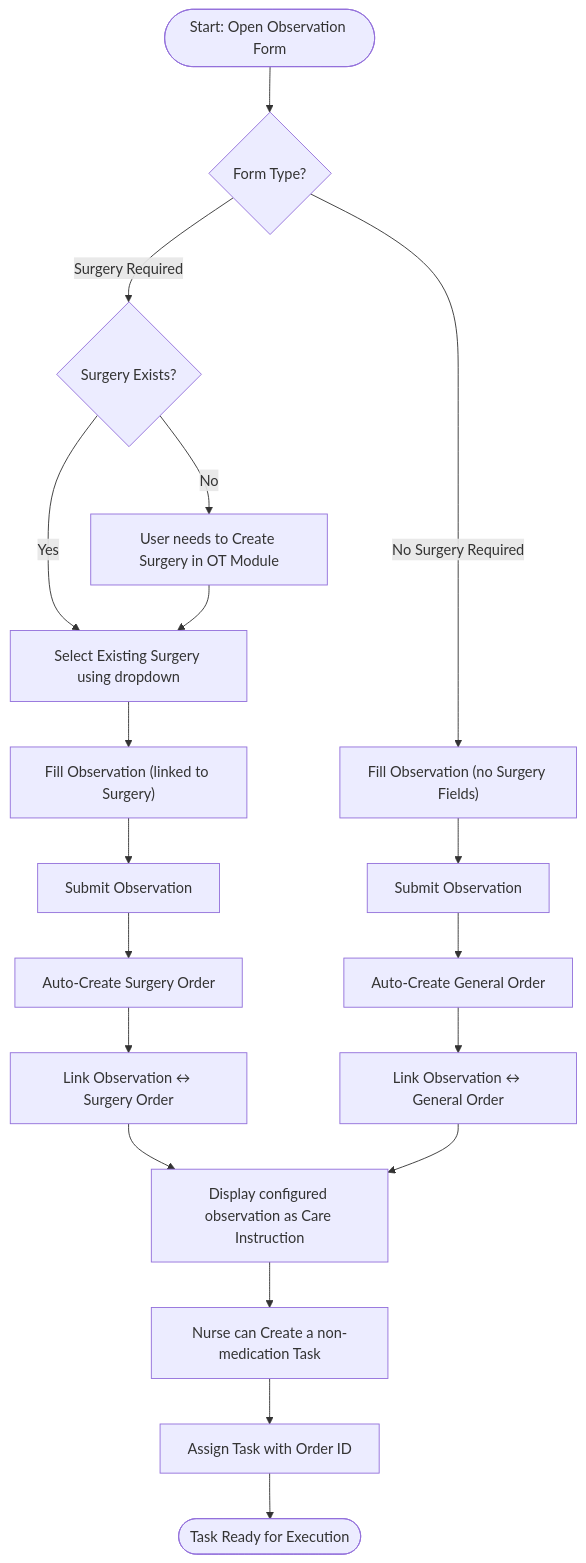
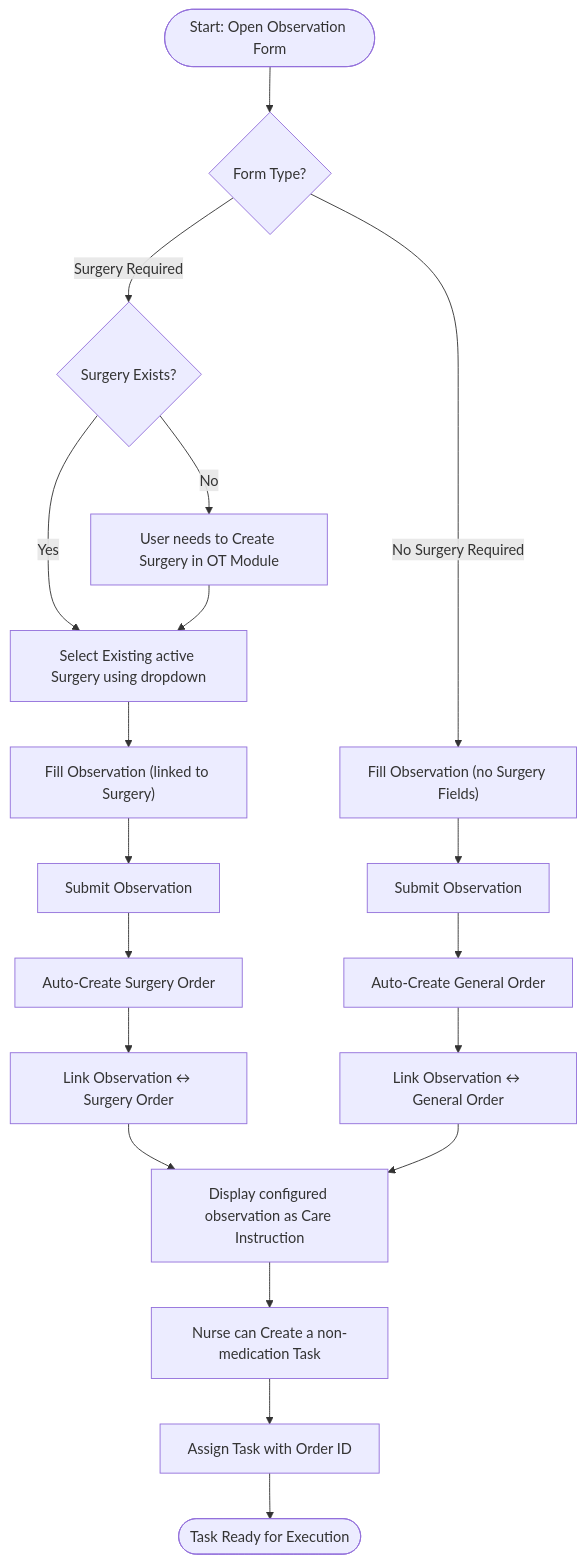
One commit to cureinternational/bahmni-core changed the third of 3 diagrams in docs/Nurse Acknowledgment of Physician Instructions.md. Above: the diagram before and after it, drawn with Mermaid.

Commit message:
Vivek | HIVE-105551 | add active surgery

````diff
--- a/docs/Nurse Acknowledgment of Physician Instructions.md
+++ b/docs/Nurse Acknowledgment of Physician Instructions.md
@@ -138,28 +138,28 @@
 ```mermaid
 flowchart TD
     A([Start: Open Observation Form]) --> B{Form Type?}
 
 %% --- Surgery Path ---
     B -->|Surgery Required| C{Surgery Exists?}
     C -->|No| D[User needs to Create Surgery in OT Module]
-    C -->|Yes| E[Select Existing Surgery using dropdown]
+    C -->|Yes| E[Select Existing active Surgery using dropdown]
 
     D --> E
     E --> F["Fill Observation (linked to Surgery)"]
     F --> G[Submit Observation]
     G --> H[Auto-Create Surgery Order]
     H --> I[Link Observation ↔ Surgery Order]
 
 %% --- Non-Surgery Path ---
 B -->|No Surgery Required| J["Fill Observation (no Surgery Fields)"]
     J --> K[Submit Observation]
     K --> L[Auto-Create General Order]
     L --> M[Link Observation ↔ General Order]
 
 %% --- Common Outcome ---
     I --> N[Display configured observation as Care Instruction]
     M --> N
     N --> O[Nurse can Create a non-medication Task]
     O --> P[Assign Task with Order ID]
     P --> Q([Task Ready for Execution])
 ```
````
